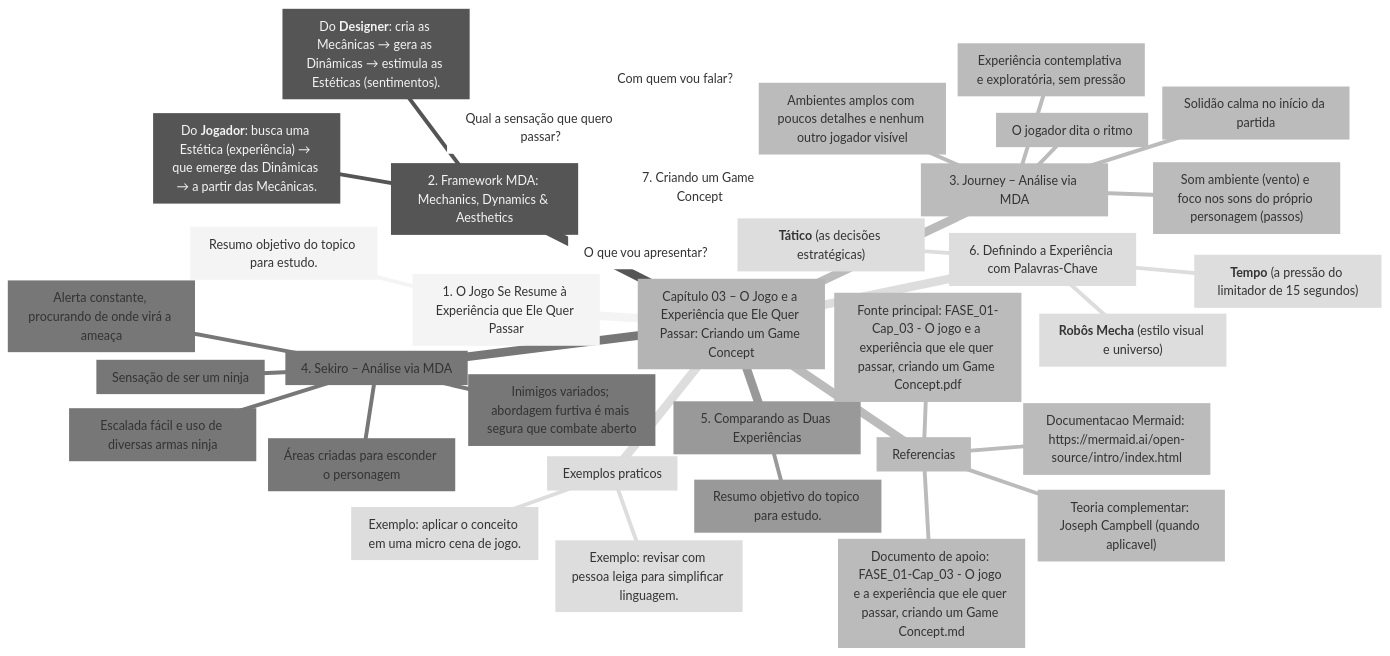
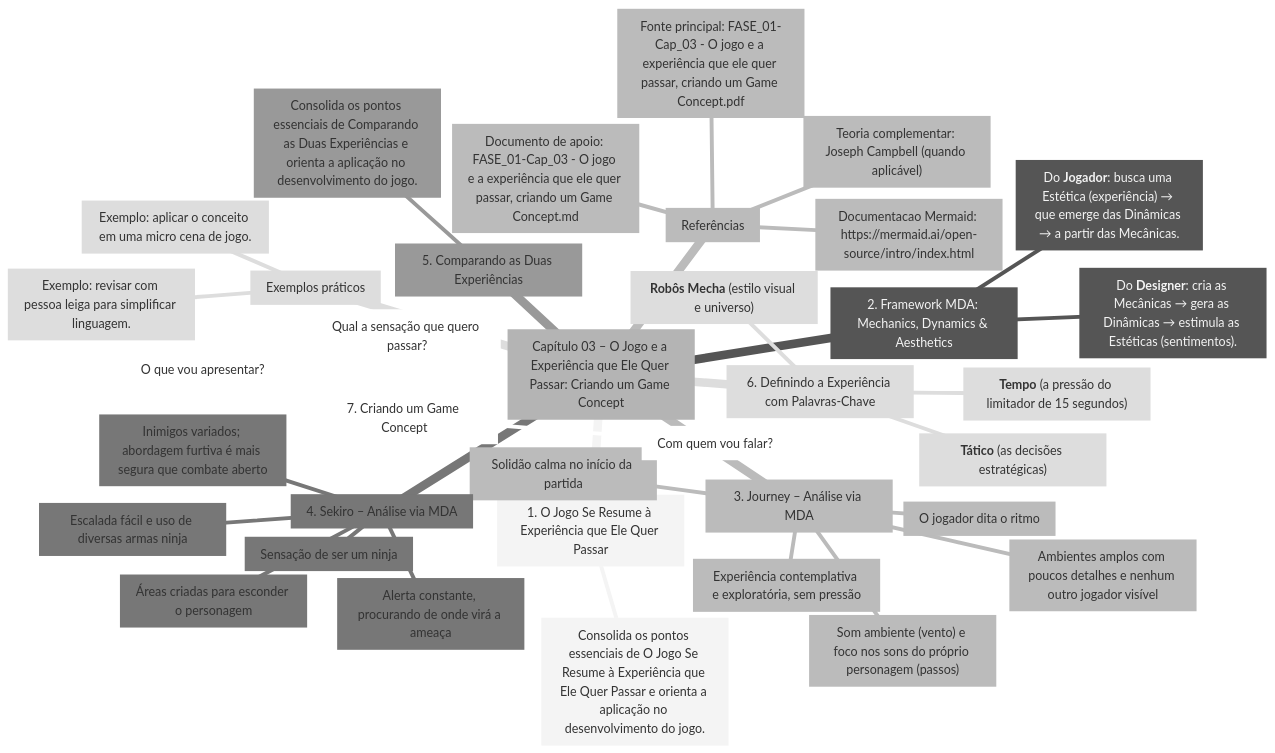
One commit to HillGnur/gdv-estudos changed the diagram in FASE01/FASE_01-Cap_03 - O jogo e a experiência que ele quer passar, criando um Game Concept.mmd. Above: the diagram before and after it, drawn with Mermaid (neutral theme). The commit also changed other lines of this file and 25 other files, not shown here.

```diff
--- a/FASE01/FASE_01-Cap_03 - O jogo e a experiência que ele quer passar, criando um Game Concept.mmd
+++ b/FASE01/FASE_01-Cap_03 - O jogo e a experiência que ele quer passar, criando um Game Concept.mmd
@@ -1,37 +1,37 @@
 mindmap
   root["Capítulo 03 – O Jogo e a Experiência que Ele Quer Passar: Criando um Game Concept"]
     s1["1. O Jogo Se Resume à Experiência que Ele Quer Passar"]
-      s1_1["Resumo objetivo do topico para estudo."]
+      s1_1["Consolida os pontos essenciais de O Jogo Se Resume à Experiência que Ele Quer Passar e orienta a aplicação no desenvolvimento do jogo."]
     s2["2. Framework MDA: Mechanics, Dynamics & Aesthetics"]
       s2_1["Do **Designer**: cria as Mecânicas → gera as Dinâmicas → estimula as Estéticas (sentimentos)."]
       s2_2["Do **Jogador**: busca uma Estética (experiência) → que emerge das Dinâmicas → a partir das Mecânicas."]
     s3["3. Journey – Análise via MDA"]
       s3_1["Solidão calma no início da partida"]
       s3_2["Experiência contemplativa e exploratória, sem pressão"]
       s3_3["O jogador dita o ritmo"]
       s3_4["Ambientes amplos com poucos detalhes e nenhum outro jogador visível"]
       s3_5["Som ambiente (vento) e foco nos sons do próprio personagem (passos)"]
     s4["4. Sekiro – Análise via MDA"]
       s4_1["Sensação de ser um ninja"]
       s4_2["Alerta constante, procurando de onde virá a ameaça"]
       s4_3["Escalada fácil e uso de diversas armas ninja"]
       s4_4["Inimigos variados; abordagem furtiva é mais segura que combate aberto"]
       s4_5["Áreas criadas para esconder o personagem"]
     s5["5. Comparando as Duas Experiências"]
-      s5_1["Resumo objetivo do topico para estudo."]
+      s5_1["Consolida os pontos essenciais de Comparando as Duas Experiências e orienta a aplicação no desenvolvimento do jogo."]
     s6["6. Definindo a Experiência com Palavras-Chave"]
       s6_1["**Robôs Mecha** (estilo visual e universo)"]
       s6_2["**Tático** (as decisões estratégicas)"]
       s6_3["**Tempo** (a pressão do limitador de 15 segundos)"]
     s7["7. Criando um Game Concept"]
       s7_1["Com quem vou falar?"]
       s7_2["O que vou apresentar?"]
       s7_3["Qual a sensação que quero passar?"]
-    exemplos["Exemplos praticos"]
+    exemplos["Exemplos práticos"]
       ex1["Exemplo: aplicar o conceito em uma micro cena de jogo."]
       ex2["Exemplo: revisar com pessoa leiga para simplificar linguagem."]
-    refs["Referencias"]
+    refs["Referências"]
       ref1["Fonte principal: FASE_01-Cap_03 - O jogo e a experiência que ele quer passar, criando um Game Concept.pdf"]
       ref2["Documento de apoio: FASE_01-Cap_03 - O jogo e a experiência que ele quer passar, criando um Game Concept.md"]
-      ref3["Teoria complementar: Joseph Campbell (quando aplicavel)"]
+      ref3["Teoria complementar: Joseph Campbell (quando aplicável)"]
       ref4["Documentacao Mermaid: https://mermaid.ai/open-source/intro/index.html"]
```
